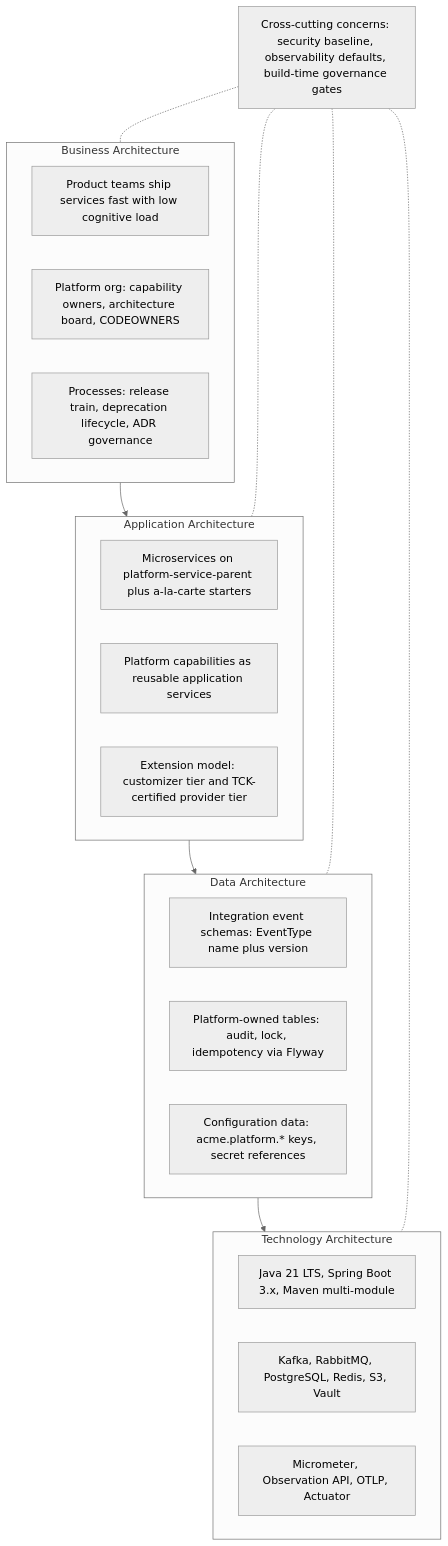
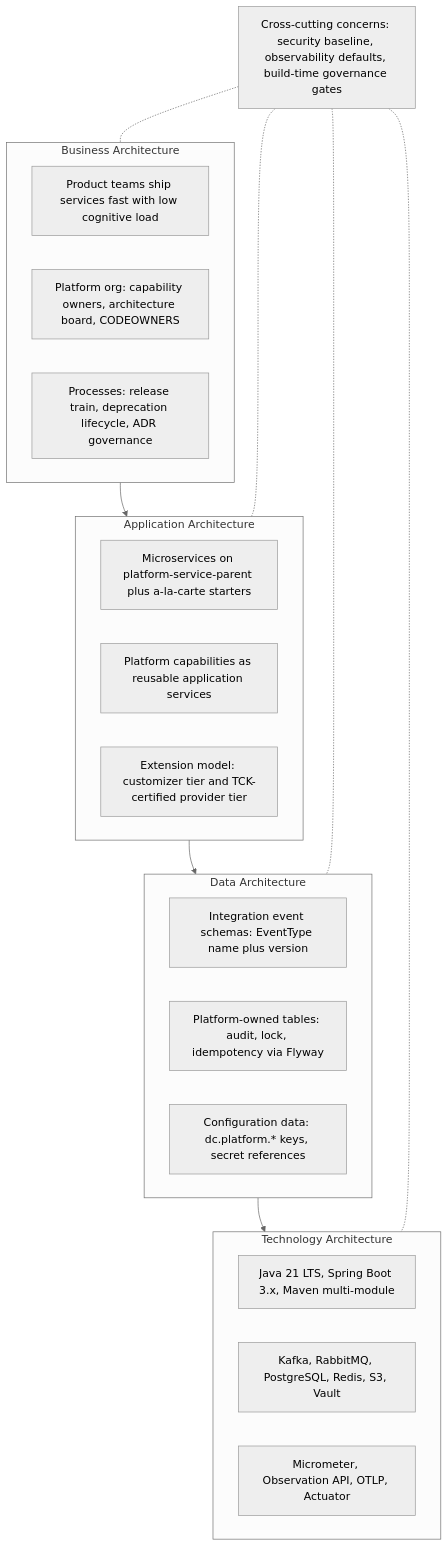
The diagram in docs/diagrams/togaf-layers.mermaid (muhammadallee/dc-platform), drawn with Mermaid (neutral theme) before and after one commit. The commit also changed 111 other files, not shown here.

```diff
--- a/docs/diagrams/togaf-layers.mermaid
+++ b/docs/diagrams/togaf-layers.mermaid
@@ -1,29 +1,29 @@
 flowchart TB
   subgraph biz["Business Architecture"]
     b1["Product teams ship services fast with low cognitive load"]
     b2["Platform org: capability owners, architecture board, CODEOWNERS"]
     b3["Processes: release train, deprecation lifecycle, ADR governance"]
   end
   subgraph appa["Application Architecture"]
     a1["Microservices on platform-service-parent plus a-la-carte starters"]
     a2["Platform capabilities as reusable application services"]
     a3["Extension model: customizer tier and TCK-certified provider tier"]
   end
   subgraph dataa["Data Architecture"]
     da1["Integration event schemas: EventType name plus version"]
     da2["Platform-owned tables: audit, lock, idempotency via Flyway"]
-    da3["Configuration data: acme.platform.* keys, secret references"]
+    da3["Configuration data: dc.platform.* keys, secret references"]
   end
   subgraph tech["Technology Architecture"]
     t1["Java 21 LTS, Spring Boot 3.x, Maven multi-module"]
     t2["Kafka, RabbitMQ, PostgreSQL, Redis, S3, Vault"]
     t3["Micrometer, Observation API, OTLP, Actuator"]
   end
   biz --> appa
   appa --> dataa
   dataa --> tech
   xc["Cross-cutting concerns: security baseline, observability defaults, build-time governance gates"]
   xc -.- biz
   xc -.- appa
   xc -.- dataa
   xc -.- tech
```
